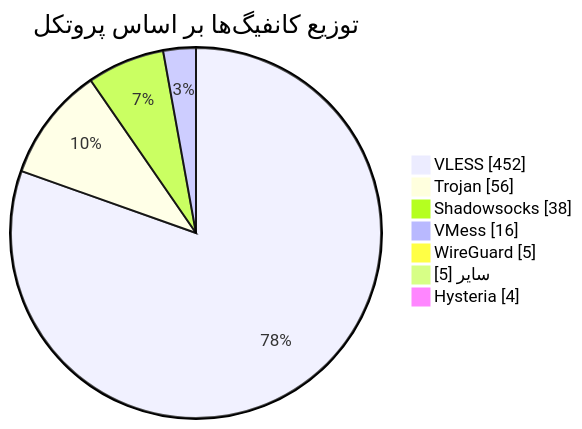
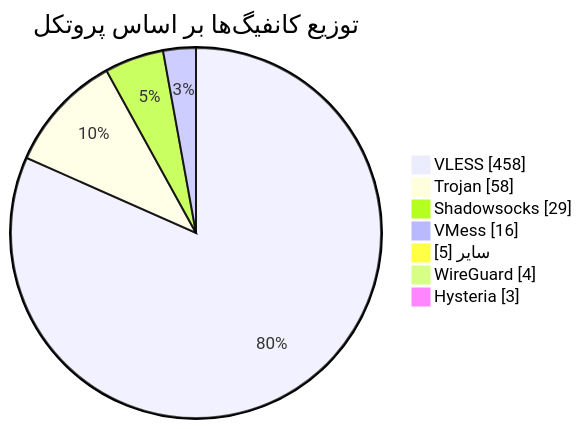
The diagram in README.md (Arian-Alijani/Somthing), drawn with Mermaid before and after one commit. The commit also changed other lines of this file and 19 other files, not shown here.

````diff
--- a/README.md
+++ b/README.md
@@ -49,11 +49,11 @@
 ```mermaid
 pie showData
     title توزیع کانفیگ‌ها بر اساس پروتکل
-    "VLESS" : 452
-    "Trojan" : 56
-    "Shadowsocks" : 38
+    "VLESS" : 458
+    "Trojan" : 58
+    "Shadowsocks" : 29
     "VMess" : 16
-    "WireGuard" : 5
     "سایر" : 5
-    "Hysteria" : 4
+    "WireGuard" : 4
+    "Hysteria" : 3
 ```
````
